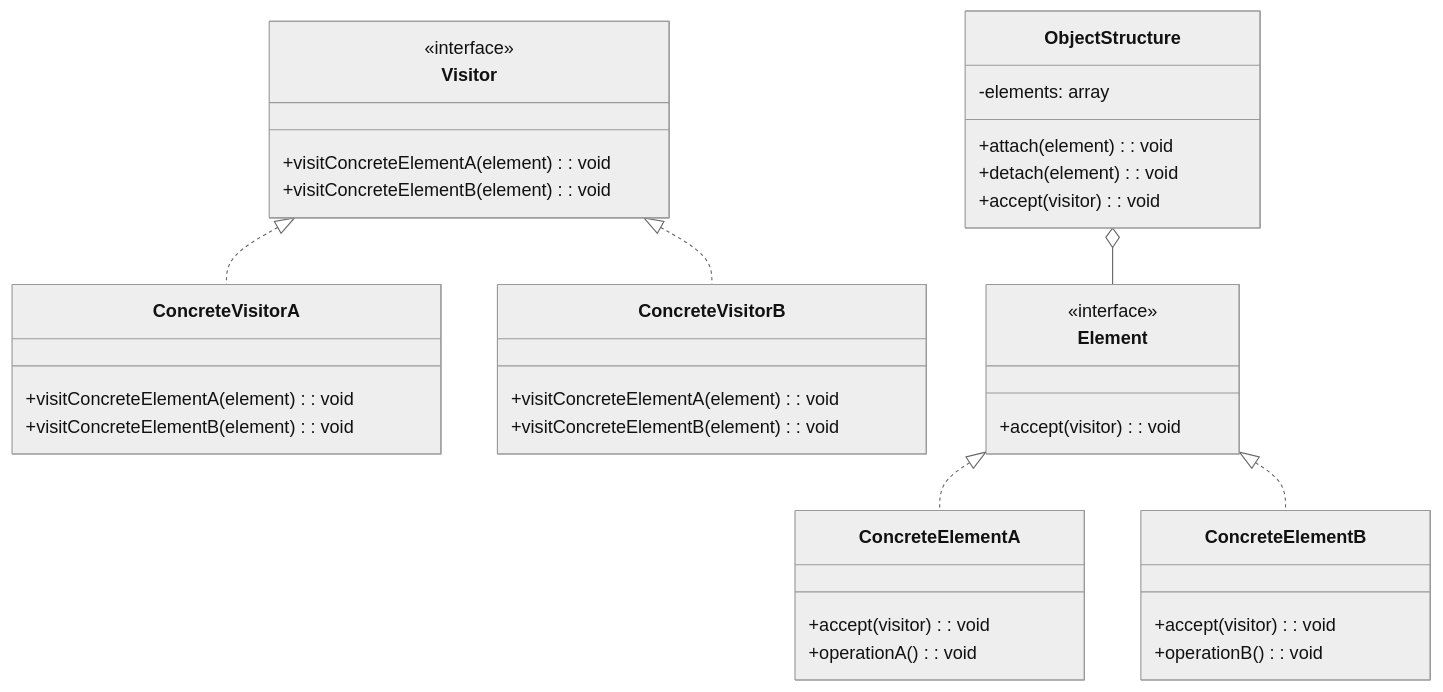
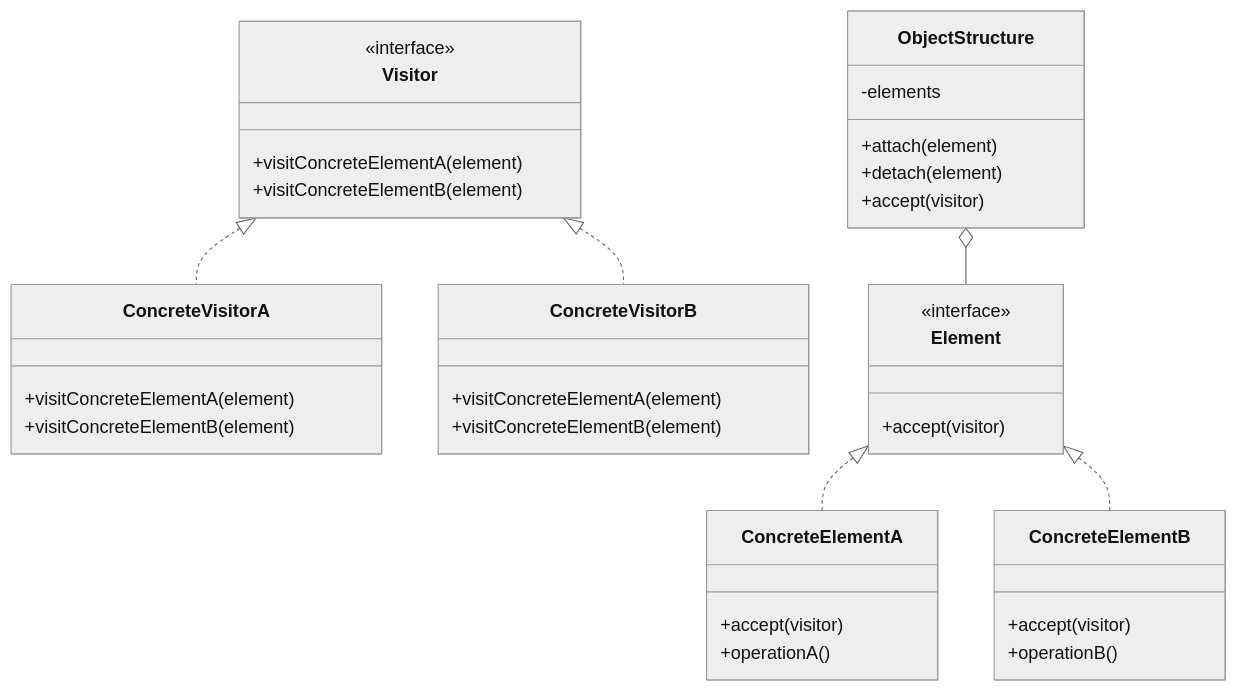
The first of 3 diagrams in resources/design-patterns/laravel/behavioral/visitor_en.md (fanly/DesignPattern), drawn with Mermaid (neutral theme) before and after one commit. The commit also changed other lines of this file and 103 other files, not shown here.

````diff
--- a/resources/design-patterns/laravel/behavioral/visitor_en.md
+++ b/resources/design-patterns/laravel/behavioral/visitor_en.md
@@ -10,46 +10,46 @@
 ```mermaid
 classDiagram
     class Visitor {
         <<interface>>
-        +visitConcreteElementA(element): void
-        +visitConcreteElementB(element): void
+        +visitConcreteElementA(element)
+        +visitConcreteElementB(element)
     }
     
     class ConcreteVisitorA {
-        +visitConcreteElementA(element): void
-        +visitConcreteElementB(element): void
+        +visitConcreteElementA(element)
+        +visitConcreteElementB(element)
     }
     
     class ConcreteVisitorB {
-        +visitConcreteElementA(element): void
-        +visitConcreteElementB(element): void
+        +visitConcreteElementA(element)
+        +visitConcreteElementB(element)
     }
     
     class Element {
         <<interface>>
-        +accept(visitor): void
+        +accept(visitor)
     }
     
     class ConcreteElementA {
-        +accept(visitor): void
-        +operationA(): void
+        +accept(visitor)
+        +operationA()
     }
     
     class ConcreteElementB {
-        +accept(visitor): void
-        +operationB(): void
+        +accept(visitor)
+        +operationB()
     }
     
     class ObjectStructure {
-        -elements: array
-        +attach(element): void
-        +detach(element): void
-        +accept(visitor): void
+        -elements
+        +attach(element)
+        +detach(element)
+        +accept(visitor)
     }
     
     Visitor <|.. ConcreteVisitorA
     Visitor <|.. ConcreteVisitorB
     Element <|.. ConcreteElementA
     Element <|.. ConcreteElementB
     ObjectStructure o-- Element
 ```
````
